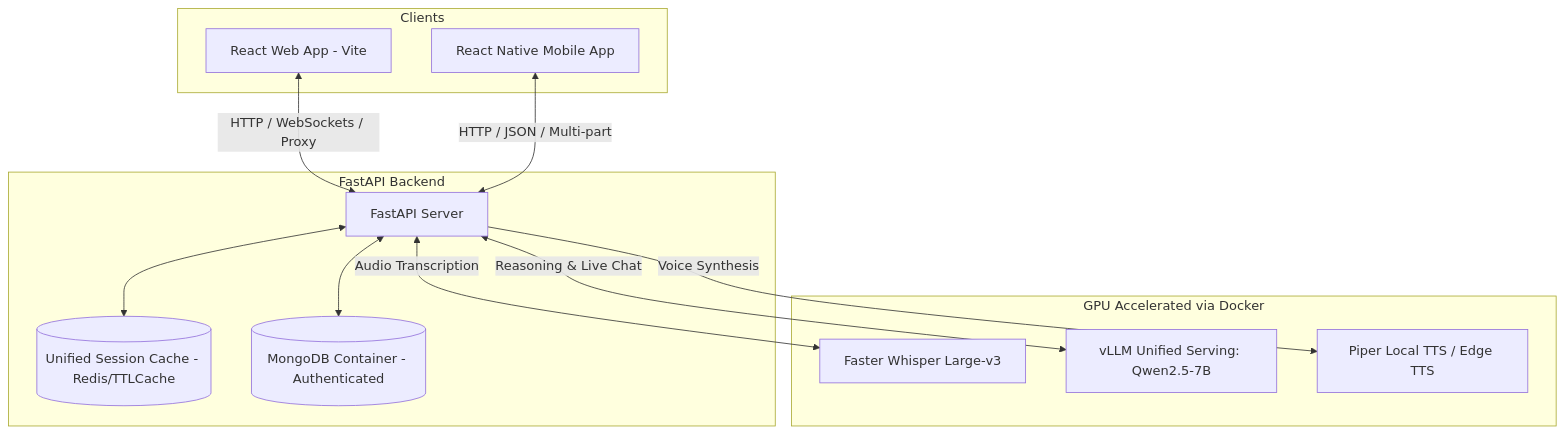
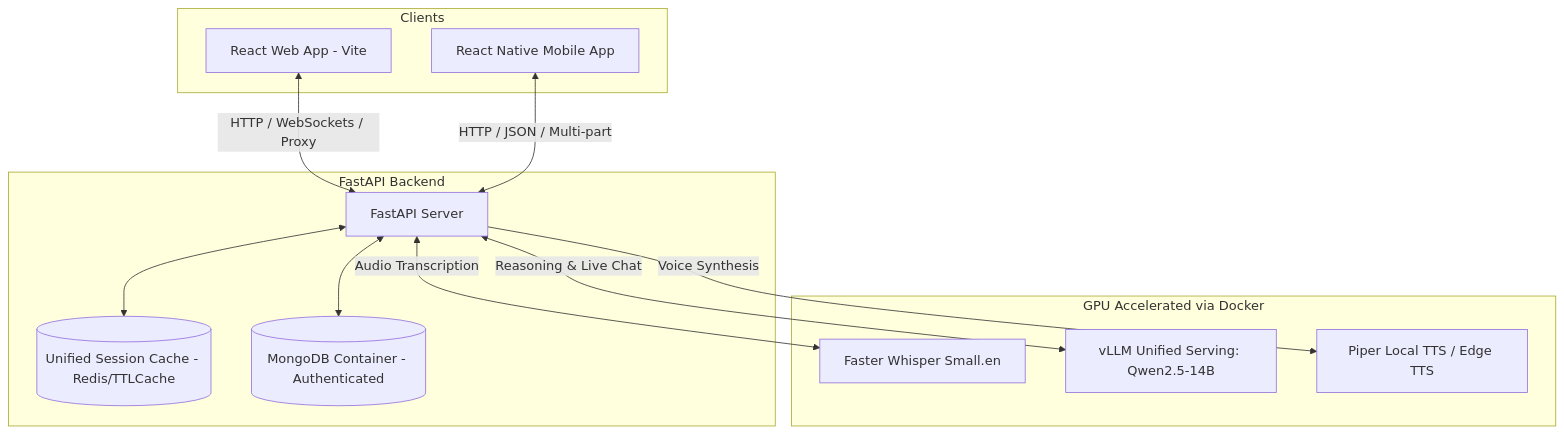
The diagram in README.md (suyashB45/COACT-AI), drawn with Mermaid before and after one commit. The commit also changed other lines of this file and 2 other files, not shown here.

Commit message:
Optimize architecture for sub-second latency and 14B report accuracy

````diff
--- a/README.md
+++ b/README.md
@@ -17,29 +17,29 @@
 ```mermaid
 graph TD
     subgraph Clients
         Web[React Web App - Vite]
         Mobile[React Native Mobile App]
     end
 
     subgraph Backend Services [FastAPI Backend]
         API[FastAPI Server]
         Cache[(Unified Session Cache - Redis/TTLCache)]
         DB[(MongoDB Container - Authenticated)]
     end
 
     subgraph Local AI Engine [GPU Accelerated via Docker]
-        LocalSTT[Faster Whisper Large-v3]
-        UnifiedLLM[vLLM Unified Serving: Qwen2.5-7B]
+        LocalSTT[Faster Whisper Small.en]
+        UnifiedLLM[vLLM Unified Serving: Qwen2.5-14B]
         TTS[Piper Local TTS / Edge TTS]
     end
 
     Web <-->|HTTP / WebSockets / Proxy| API
     Mobile <-->|HTTP / JSON / Multi-part| API
     
     API <--> Cache
     API <--> DB
     
     API <-->|Audio Transcription| LocalSTT
     API <-->|Reasoning & Live Chat| UnifiedLLM
     API -->|Voice Synthesis| TTS
 ```
````
